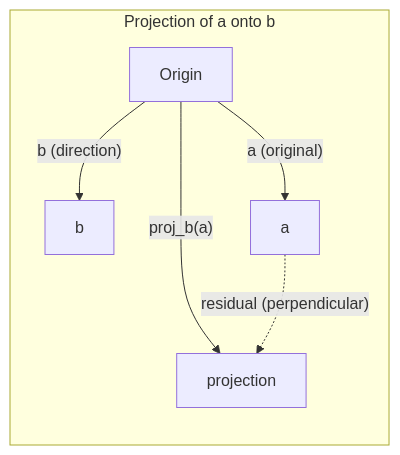
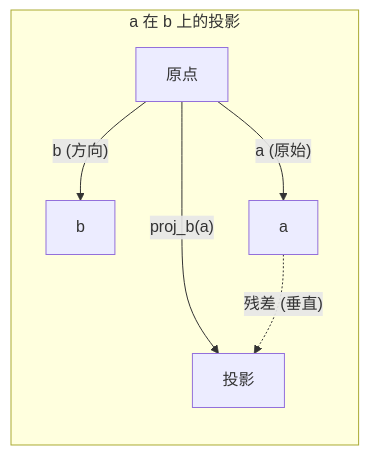
Before and after one commit to alessandrodinisio-ai/ai-engineering-learning-framework: the second of 2 diagrams in phases/01-math-foundations/01-linear-algebra-intuition/docs/zh.md, drawn with Mermaid. The commit also changed other lines of this file and 120 other files, not shown here.

First line of the commit message:
i18n(mermaid): 337 个 mermaid 图表标签中文化

````diff
--- a/phases/01-math-foundations/01-linear-algebra-intuition/docs/zh.md
+++ b/phases/01-math-foundations/01-linear-algebra-intuition/docs/zh.md
@@ -135,10 +135,10 @@
 ```mermaid
 graph LR
-    subgraph Projection["Projection of a onto b"]
+    subgraph Projection["a 在 b 上的投影"]
         direction TB
-        O["Origin"] --> |"b (direction)"| B["b"]
-        O --> |"a (original)"| A["a"]
-        O --> |"proj_b(a)"| P["projection"]
-        A -.-> |"residual (perpendicular)"| P
+        O["原点"] --> |"b (方向)"| B["b"]
+        O --> |"a (原始)"| A["a"]
+        O --> |"proj_b(a)"| P["投影"]
+        A -.-> |"残差 (垂直)"| P
     end
 ```
````
